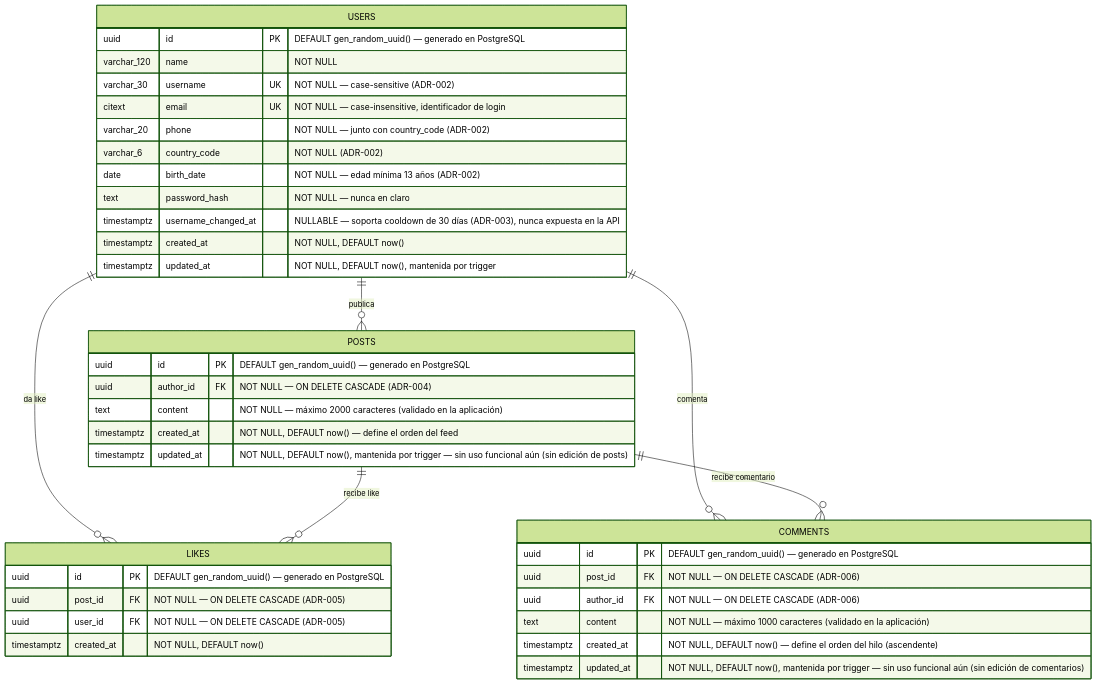
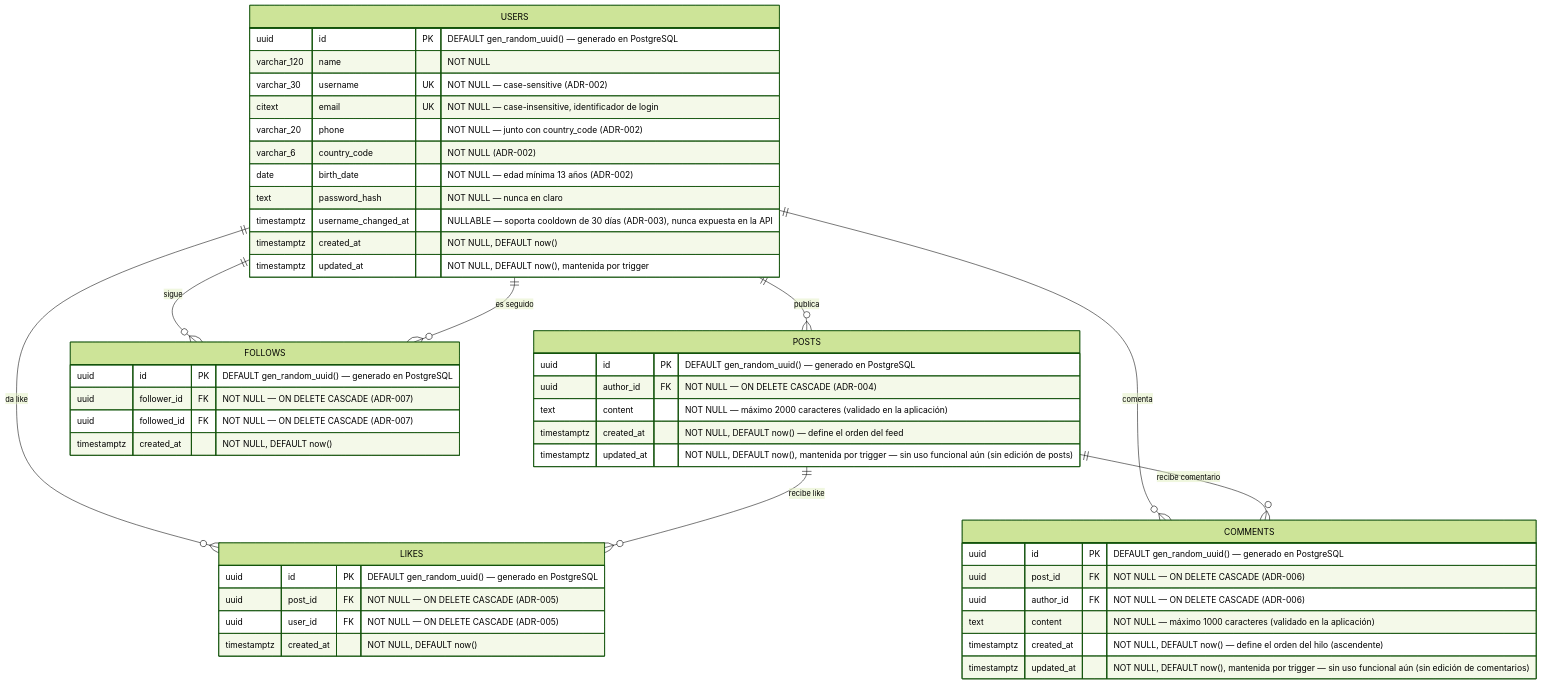
Before and after one commit to Fernandito41/THERS_REDSOCIAL: the diagram in docs/architecture/DATABASE_ERD.md, drawn with Mermaid (forest theme). The commit also changed other lines of this file and 28 other files, not shown here.

````diff
--- a/docs/architecture/DATABASE_ERD.md
+++ b/docs/architecture/DATABASE_ERD.md
@@ -46,46 +48,55 @@
 ```mermaid
 erDiagram
     USERS {
         uuid id PK "DEFAULT gen_random_uuid() — generado en PostgreSQL"
         varchar_120 name "NOT NULL"
         varchar_30 username UK "NOT NULL — case-sensitive (ADR-002)"
         citext email UK "NOT NULL — case-insensitive, identificador de login"
         varchar_20 phone "NOT NULL — junto con country_code (ADR-002)"
         varchar_6 country_code "NOT NULL (ADR-002)"
         date birth_date "NOT NULL — edad mínima 13 años (ADR-002)"
         text password_hash "NOT NULL — nunca en claro"
         timestamptz username_changed_at "NULLABLE — soporta cooldown de 30 días (ADR-003), nunca expuesta en la API"
         timestamptz created_at "NOT NULL, DEFAULT now()"
         timestamptz updated_at "NOT NULL, DEFAULT now(), mantenida por trigger"
     }
 
     POSTS {
         uuid id PK "DEFAULT gen_random_uuid() — generado en PostgreSQL"
         uuid author_id FK "NOT NULL — ON DELETE CASCADE (ADR-004)"
         text content "NOT NULL — máximo 2000 caracteres (validado en la aplicación)"
         timestamptz created_at "NOT NULL, DEFAULT now() — define el orden del feed"
         timestamptz updated_at "NOT NULL, DEFAULT now(), mantenida por trigger — sin uso funcional aún (sin edición de posts)"
     }
 
     LIKES {
         uuid id PK "DEFAULT gen_random_uuid() — generado en PostgreSQL"
         uuid post_id FK "NOT NULL — ON DELETE CASCADE (ADR-005)"
         uuid user_id FK "NOT NULL — ON DELETE CASCADE (ADR-005)"
         timestamptz created_at "NOT NULL, DEFAULT now()"
     }
 
     COMMENTS {
         uuid id PK "DEFAULT gen_random_uuid() — generado en PostgreSQL"
         uuid post_id FK "NOT NULL — ON DELETE CASCADE (ADR-006)"
         uuid author_id FK "NOT NULL — ON DELETE CASCADE (ADR-006)"
         text content "NOT NULL — máximo 1000 caracteres (validado en la aplicación)"
         timestamptz created_at "NOT NULL, DEFAULT now() — define el orden del hilo (ascendente)"
         timestamptz updated_at "NOT NULL, DEFAULT now(), mantenida por trigger — sin uso funcional aún (sin edición de comentarios)"
     }
 
+    FOLLOWS {
+        uuid id PK "DEFAULT gen_random_uuid() — generado en PostgreSQL"
+        uuid follower_id FK "NOT NULL — ON DELETE CASCADE (ADR-007)"
+        uuid followed_id FK "NOT NULL — ON DELETE CASCADE (ADR-007)"
+        timestamptz created_at "NOT NULL, DEFAULT now()"
+    }
+
     USERS ||--o{ POSTS : "publica"
     USERS ||--o{ LIKES : "da like"
     POSTS ||--o{ LIKES : "recibe like"
     USERS ||--o{ COMMENTS : "comenta"
     POSTS ||--o{ COMMENTS : "recibe comentario"
+    USERS ||--o{ FOLLOWS : "sigue"
+    USERS ||--o{ FOLLOWS : "es seguido"
 ```
````
